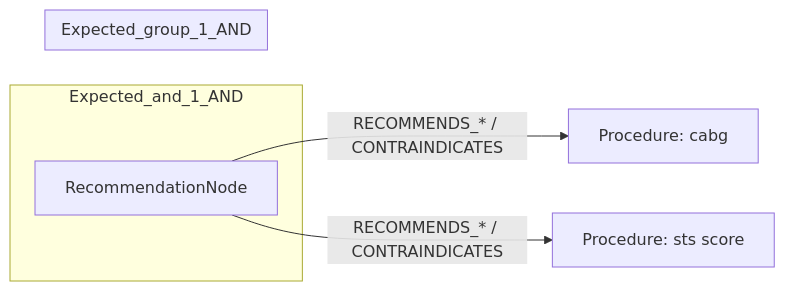
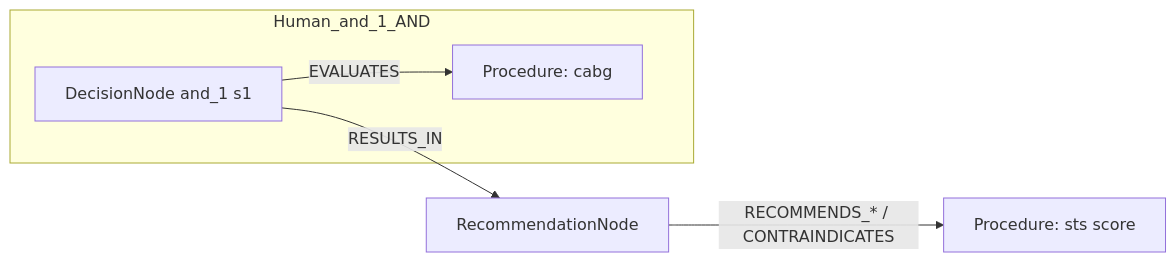
The first of 2 diagrams in docs/table22_rows/row_14.md (dieterich-lab/CardioGuidelinesGraph), drawn with Mermaid before and after one commit. The commit also changed other lines of this file and 18 other files, not shown here.

Commit message:
Adjust mermaid for conditions/actions

````diff
--- a/docs/table22_rows/row_14.md
+++ b/docs/table22_rows/row_14.md
@@ -209,14 +209,12 @@
 ```mermaid
 graph LR
   REC[RecommendationNode]
-  ACT1[Procedure: cabg]
+  ACT1[Procedure: sts score]
   REC -->|RECOMMENDS_* / CONTRAINDICATES| ACT1
-  ACT2[Procedure: sts score]
-  REC -->|RECOMMENDS_* / CONTRAINDICATES| ACT2
-  subgraph Expected_and_1_AND
-    REC
+  subgraph Human_and_1_AND
+    D_and_1_1[DecisionNode and_1 s1]
+    C_and_1_1[Procedure: cabg]
+    D_and_1_1 -->|EVALUATES| C_and_1_1
   end
-  subgraph Expected_group_1_AND
-    REC
-  end
+  D_and_1_1 -->|RESULTS_IN| REC
 ```
````
